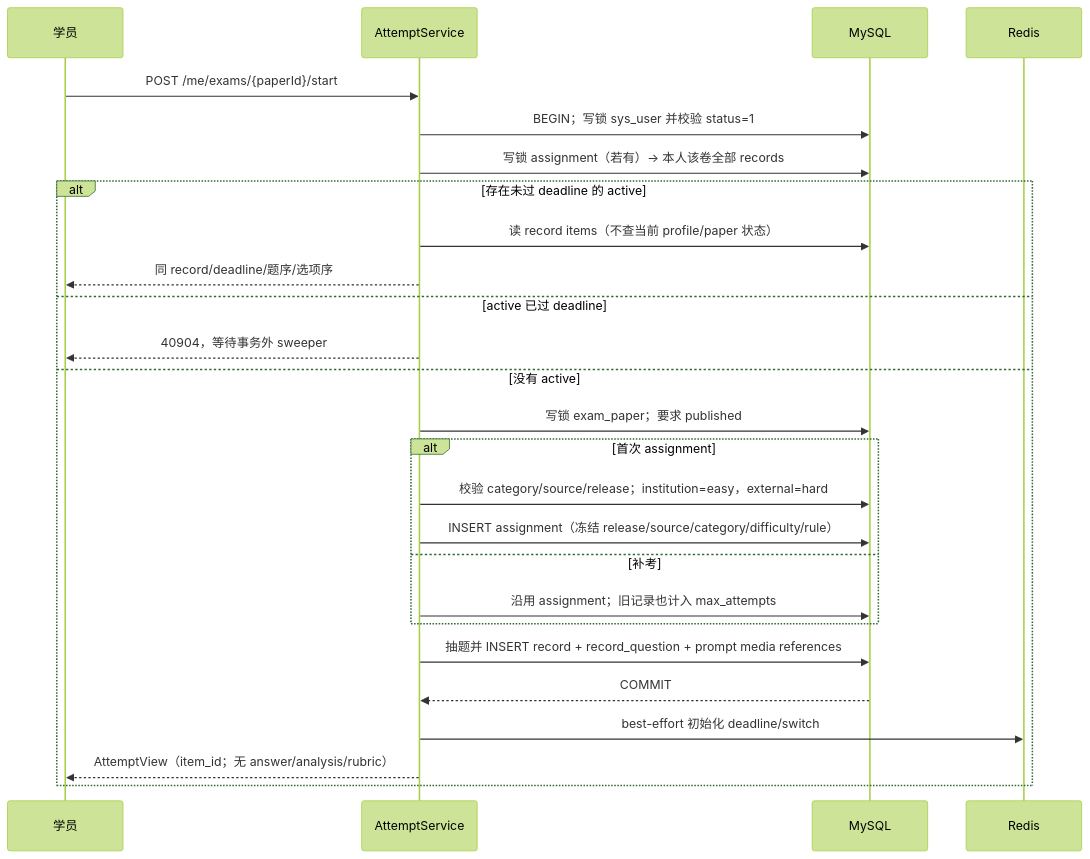
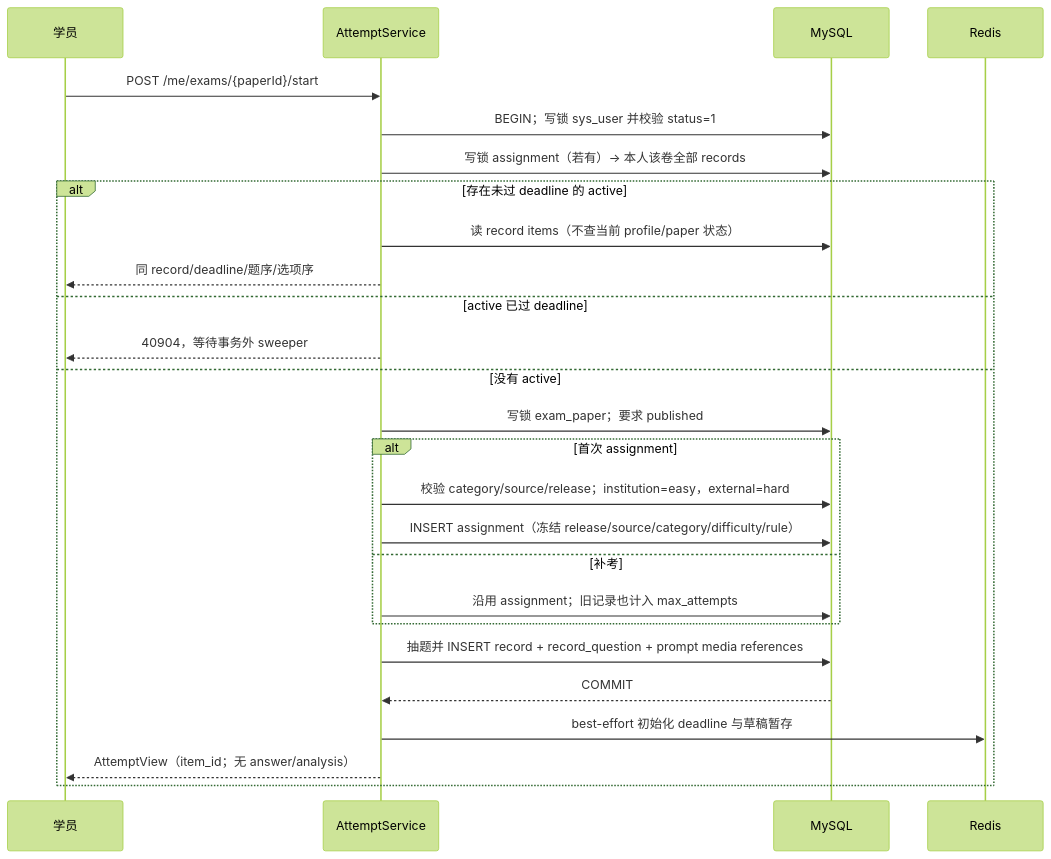
Diagram 18 of 23 in docs/design/06-关键流程.md (caoguanjie/emodor-exam), drawn with Mermaid (forest theme) before and after one commit. The commit also changed other lines of this file and 181 other files, not shown here.

````diff
--- a/docs/design/06-关键流程.md
+++ b/docs/design/06-关键流程.md
@@ -870,29 +881,29 @@
 ```mermaid
 sequenceDiagram
     participant U as 学员
     participant A as AttemptService
     participant DB as MySQL
     participant R as Redis
 
     U->>A: POST /me/exams/{paperId}/start
     A->>DB: BEGIN；写锁 sys_user 并校验 status=1
     A->>DB: 写锁 assignment（若有）→ 本人该卷全部 records
     alt 存在未过 deadline 的 active
         A->>DB: 读 record items（不查当前 profile/paper 状态）
         A-->>U: 同 record/deadline/题序/选项序
     else active 已过 deadline
         A-->>U: 40904，等待事务外 sweeper
     else 没有 active
         A->>DB: 写锁 exam_paper；要求 published
         alt 首次 assignment
             A->>DB: 校验 category/source/release；institution=easy，external=hard
             A->>DB: INSERT assignment（冻结 release/source/category/difficulty/rule）
         else 补考
             A->>DB: 沿用 assignment；旧记录也计入 max_attempts
         end
         A->>DB: 抽题并 INSERT record + record_question + prompt media references
         DB-->>A: COMMIT
-        A->>R: best-effort 初始化 deadline/switch
-        A-->>U: AttemptView（item_id；无 answer/analysis/rubric）
+        A->>R: best-effort 初始化 deadline 与草稿暂存
+        A-->>U: AttemptView（item_id；无 answer/analysis）
     end
 ```
````
